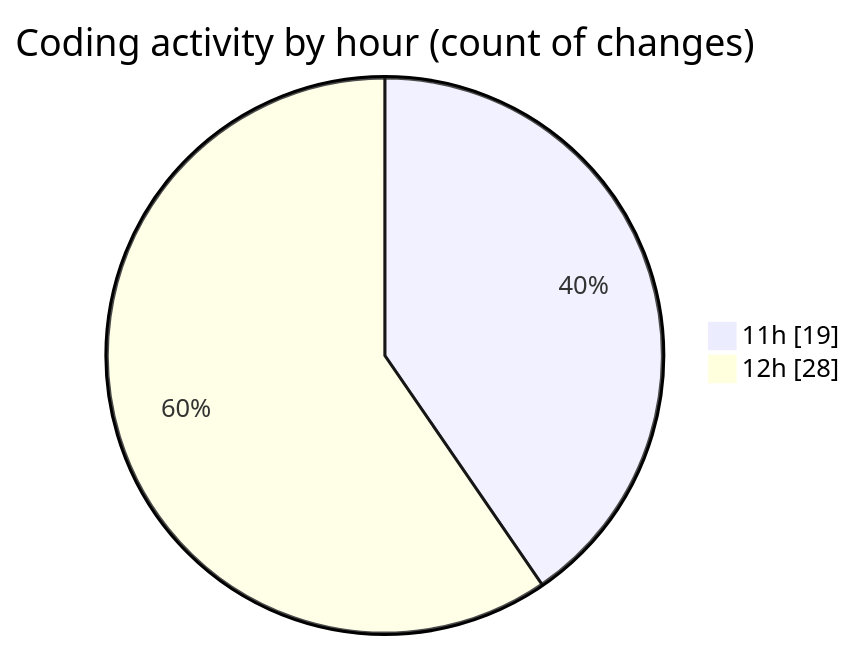
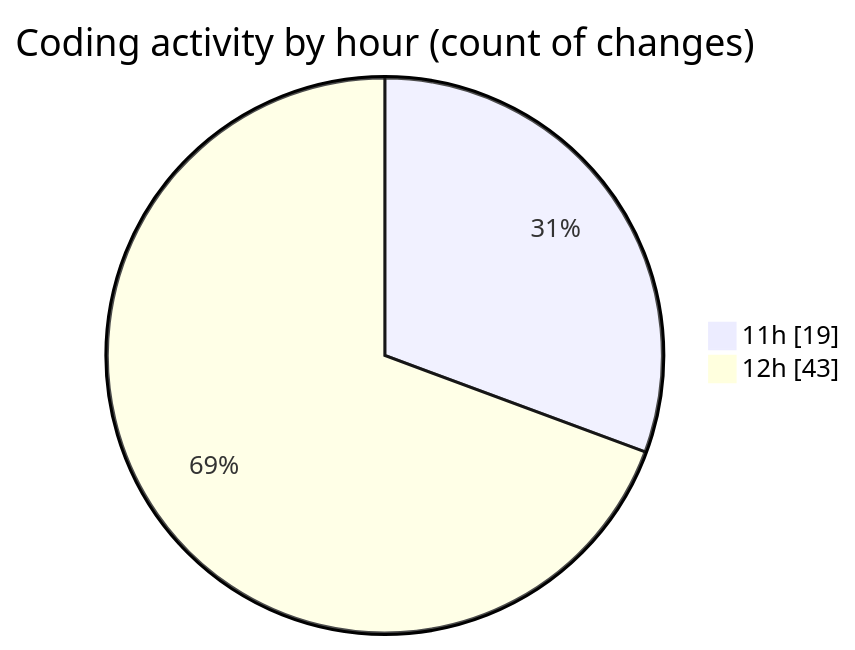
The second of 2 diagrams in 2025-10-20/scopecraft/README.md (Ritupan-Deka/code-tracking), drawn with Mermaid before and after one commit. The commit also changed other lines of this file and 1 other file, not shown here.

````diff
--- a/2025-10-20/scopecraft/README.md
+++ b/2025-10-20/scopecraft/README.md
@@ -38,6 +38,6 @@
 ```mermaid
 pie showData
 title Coding activity by hour (count of changes)
 "11h" : 19
-"12h" : 28
+"12h" : 43
 ```
````
